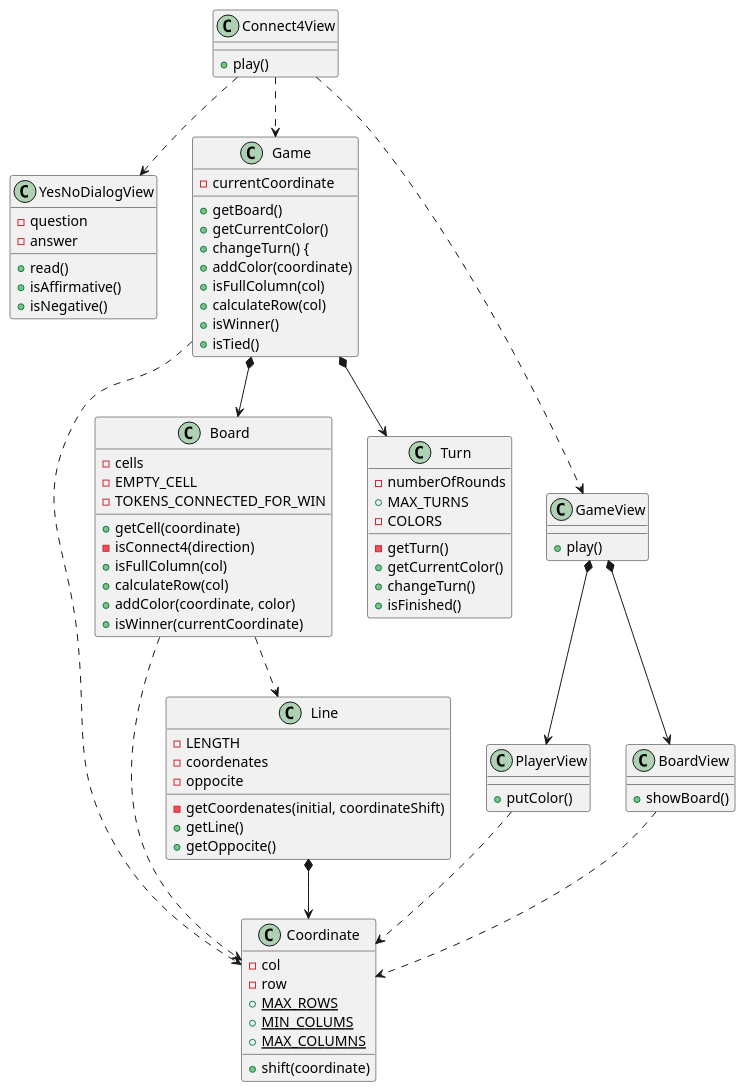
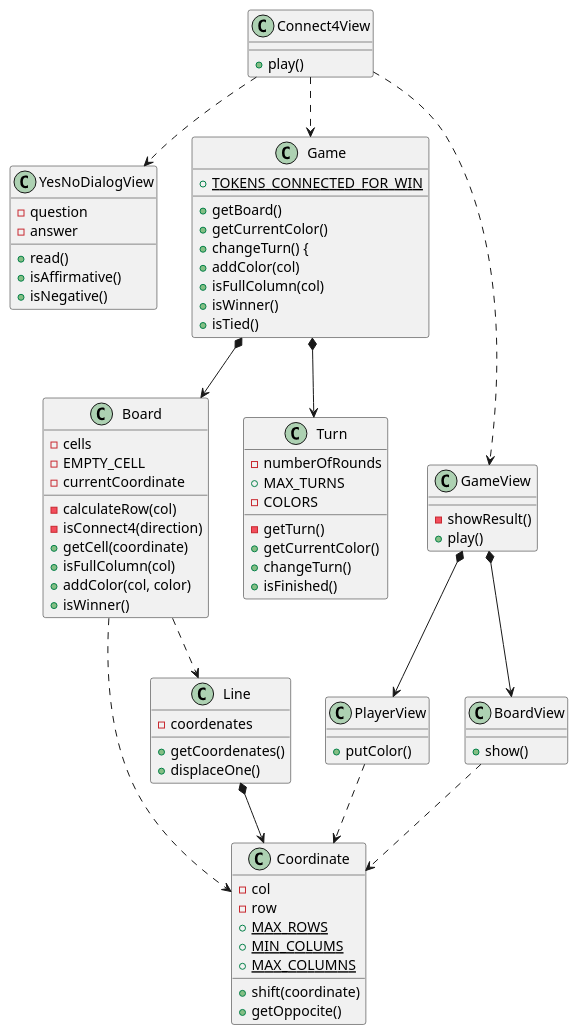
Before and after one commit to Edmundo-Ogaz/connect4: the diagram in con-vistas-separadas/v3/diagramClass.plantuml, drawn with PlantUML.

Commit message:
refactory:diagram

```diff
--- a/con-vistas-separadas/v3/diagramClass.plantuml
+++ b/con-vistas-separadas/v3/diagramClass.plantuml
@@ -1,71 +1,68 @@
 @startuml
 Connect4View ..> YesNoDialogView
 Connect4View ..> Game
 Connect4View ..> GameView
 Connect4View : + play()
 
 YesNoDialogView : - question
 YesNoDialogView : - answer
 YesNoDialogView : + read()
 YesNoDialogView : + isAffirmative()
 YesNoDialogView : + isNegative()
 
+GameView : - showResult()
 GameView : + play()
 GameView *--> PlayerView
 GameView *--> BoardView
 
 PlayerView : + putColor()
 PlayerView ..> Coordinate
 
-BoardView : + showBoard()
+BoardView : + show()
 BoardView ..> Coordinate
 
-Game : - currentCoordinate
+Game : + {static} TOKENS_CONNECTED_FOR_WIN
 Game *--> Board
 Game *--> Turn
 Game : + getBoard()
 Game : + getCurrentColor()
 Game : + changeTurn() {
-Game : + addColor(coordinate)
+Game : + addColor(col)
 Game : + isFullColumn(col)
-Game : + calculateRow(col)
 Game : + isWinner()
 Game : + isTied()
-Game ..> Coordinate
 
 Board ..> Line
 Board ..> Coordinate
 Board : - cells
 Board : - EMPTY_CELL
-Board : - TOKENS_CONNECTED_FOR_WIN
+Board : - currentCoordinate
+Board : - calculateRow(col)
+Board : - isConnect4(direction)
 Board : + getCell(coordinate)
-Board : - isConnect4(direction)
 Board : + isFullColumn(col)
-Board : + calculateRow(col)
-Board : + addColor(coordinate, color)
-Board : + isWinner(currentCoordinate)
+Board : + addColor(col, color)
+Board : + isWinner()
 
 Turn : - numberOfRounds
 Turn : + MAX_TURNS
 Turn : - COLORS
 Turn : - getTurn()
 Turn : + getCurrentColor()
 Turn : + changeTurn()
 Turn : + isFinished()
 
 Line *--> Coordinate
-Line : - LENGTH
 Line : - coordenates
-Line : - oppocite
-Line : - getCoordenates(initial, coordinateShift)
-Line : + getLine()
-Line : + getOppocite()
+Line : + getCoordenates()
+Line : + displaceOne()
 
 Coordinate : - col
 Coordinate : - row
 Coordinate : + shift(coordinate)
+Coordinate : + getOppocite()
 Coordinate : + {static} MAX_ROWS
 Coordinate : + {static} MIN_COLUMS
 Coordinate : + {static} MAX_COLUMNS
 
 @enduml
```
